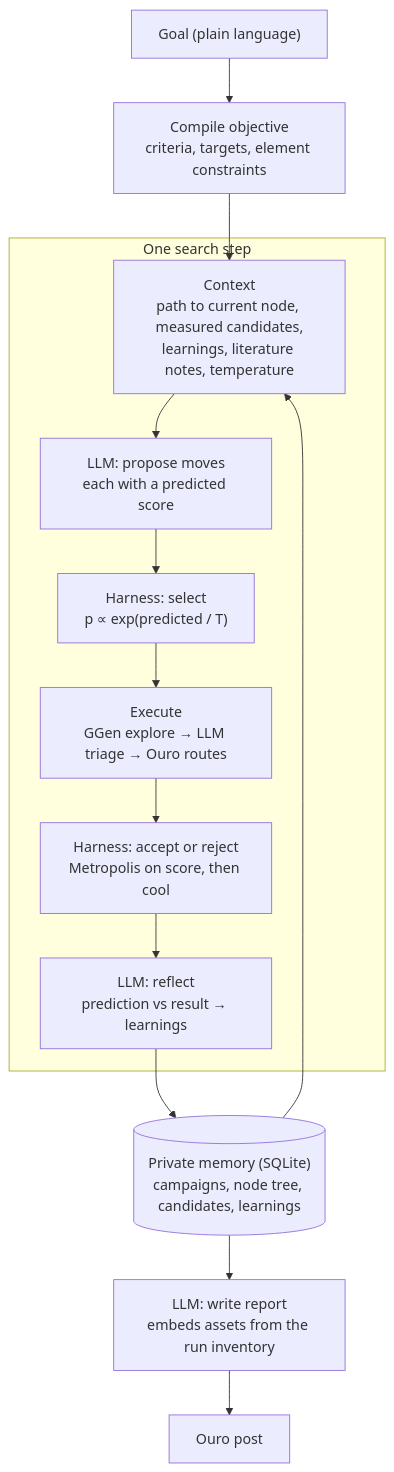
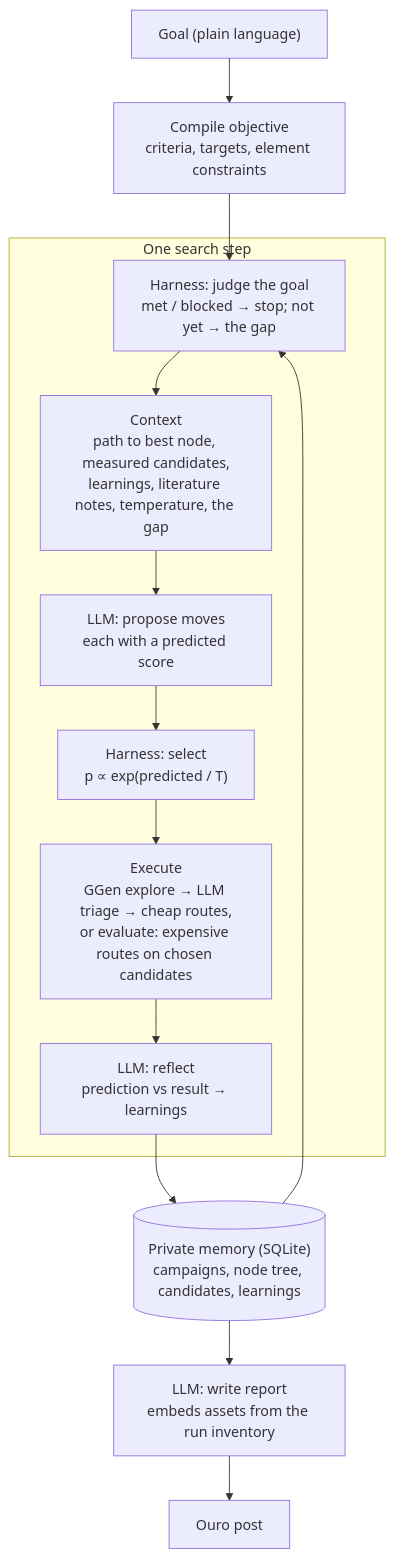
Before and after one commit to ourofoundation/scientist: the diagram in architecture.md, drawn with Mermaid. The commit also changed 12 other files, not shown here.

First line of the commit message:
Judge the goal every step, and add a simulated world for testing the loop

````diff
--- a/architecture.md
+++ b/architecture.md
@@ -1,20 +1,20 @@
 ```mermaid
 graph TB
     GOAL["Goal (plain language)"] --> OBJ["Compile objective<br/>criteria, targets, element constraints"]
-    OBJ --> CTX
+    OBJ --> JUDGE
 
     subgraph step [One search step]
-        CTX["Context<br/>path to current node, measured candidates,<br/>learnings, literature notes, temperature"]
+        JUDGE["Harness: judge the goal<br/>met / blocked → stop; not yet → the gap"]
+        CTX["Context<br/>path to best node, measured candidates,<br/>learnings, literature notes, temperature, the gap"]
         PROP["LLM: propose moves<br/>each with a predicted score"]
         SEL["Harness: select<br/>p ∝ exp(predicted / T)"]
-        EXE["Execute<br/>GGen explore → LLM triage → Ouro routes"]
-        ACC["Harness: accept or reject<br/>Metropolis on score, then cool"]
+        EXE["Execute<br/>GGen explore → LLM triage → cheap routes,<br/>or evaluate: expensive routes on chosen candidates"]
         REF["LLM: reflect<br/>prediction vs result → learnings"]
-        CTX --> PROP --> SEL --> EXE --> ACC --> REF
+        JUDGE --> CTX --> PROP --> SEL --> EXE --> REF
     end
 
     REF --> MEM[("Private memory (SQLite)<br/>campaigns, node tree, candidates, learnings")]
-    MEM --> CTX
+    MEM --> JUDGE
     MEM --> REP["LLM: write report<br/>embeds assets from the run inventory"]
     REP --> POST["Ouro post"]
 ```
````
